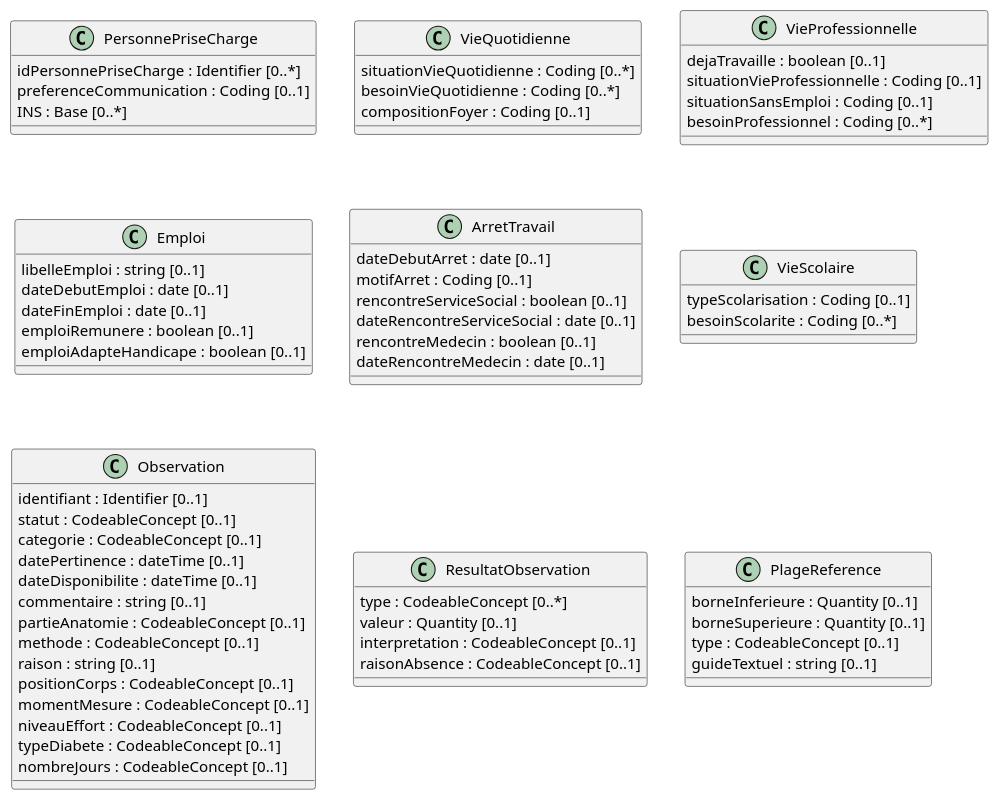
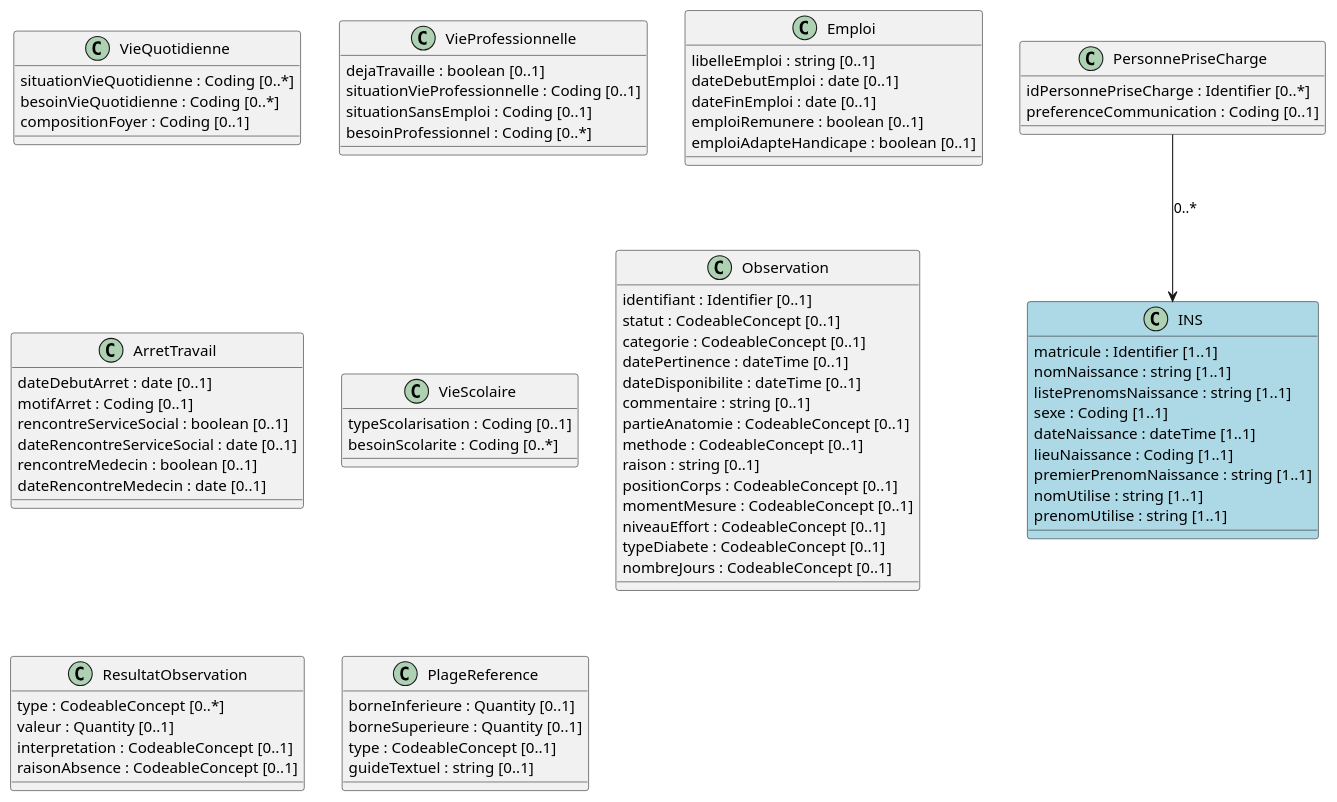
Before and after one commit to ansforge/IG-modele-objets-sante: the diagram in input/images-source/Personne prise en charge.plantuml, drawn with PlantUML. The commit also changed 6 other files, not shown here.

Commit message:
Ajout backbones diagrammes

```diff
--- a/input/images-source/Personne prise en charge.plantuml
+++ b/input/images-source/Personne prise en charge.plantuml
@@ -1,76 +1,88 @@
 @startuml
 
 Class PersonnePriseCharge {
   idPersonnePriseCharge : Identifier [0..*]
   preferenceCommunication : Coding [0..1]
-  INS : Base [0..*]
 }
 
 Class VieQuotidienne {
   situationVieQuotidienne : Coding [0..*]
   besoinVieQuotidienne : Coding [0..*]
   compositionFoyer : Coding [0..1]
 }
 
 Class VieProfessionnelle {
   dejaTravaille : boolean [0..1]
   situationVieProfessionnelle : Coding [0..1]
   situationSansEmploi : Coding [0..1]
   besoinProfessionnel : Coding [0..*]
 }
 
 Class Emploi {
   libelleEmploi : string [0..1]
   dateDebutEmploi : date [0..1]
   dateFinEmploi : date [0..1]
   emploiRemunere : boolean [0..1]
   emploiAdapteHandicape : boolean [0..1]
 }
 
 Class ArretTravail {
   dateDebutArret : date [0..1]
   motifArret : Coding [0..1]
   rencontreServiceSocial : boolean [0..1]
   dateRencontreServiceSocial : date [0..1]
   rencontreMedecin : boolean [0..1]
   dateRencontreMedecin : date [0..1]
 }
 
 Class VieScolaire {
   typeScolarisation : Coding [0..1]
   besoinScolarite : Coding [0..*]
 }
 
 Class Observation {
   identifiant : Identifier [0..1]
   statut : CodeableConcept [0..1]
   categorie : CodeableConcept [0..1]
   datePertinence : dateTime [0..1]
   dateDisponibilite : dateTime [0..1]
   commentaire : string [0..1]
   partieAnatomie : CodeableConcept [0..1]
   methode : CodeableConcept [0..1]
   raison : string [0..1]
   positionCorps : CodeableConcept [0..1]
   momentMesure : CodeableConcept [0..1]
   niveauEffort : CodeableConcept [0..1]
   typeDiabete : CodeableConcept [0..1]
   nombreJours : CodeableConcept [0..1]
 }
 
 Class ResultatObservation {
   type : CodeableConcept [0..*]
   valeur : Quantity [0..1]
   interpretation : CodeableConcept [0..1]
   raisonAbsence : CodeableConcept [0..1]
 }
 
 Class PlageReference {
   borneInferieure : Quantity [0..1]
   borneSuperieure : Quantity [0..1]
   type : CodeableConcept [0..1]
   guideTextuel : string [0..1]
 }
 
+Class INS #LightBlue {
+  matricule : Identifier [1..1]
+  nomNaissance : string [1..1]
+  listePrenomsNaissance : string [1..1]
+  sexe : Coding [1..1]
+  dateNaissance : dateTime [1..1]
+  lieuNaissance : Coding [1..1]
+  premierPrenomNaissance : string [1..1]
+  nomUtilise : string [1..1]
+  prenomUtilise : string [1..1]
+}
+
+PersonnePriseCharge --> INS : 0..*
 
 @enduml
```
